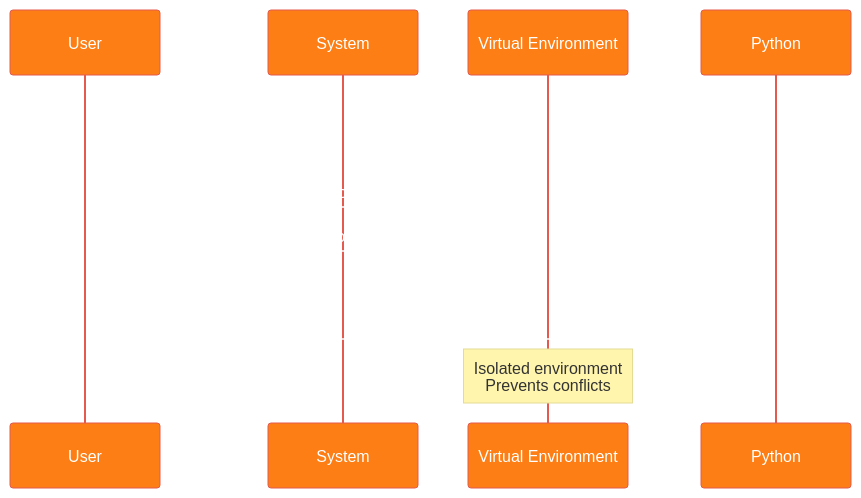
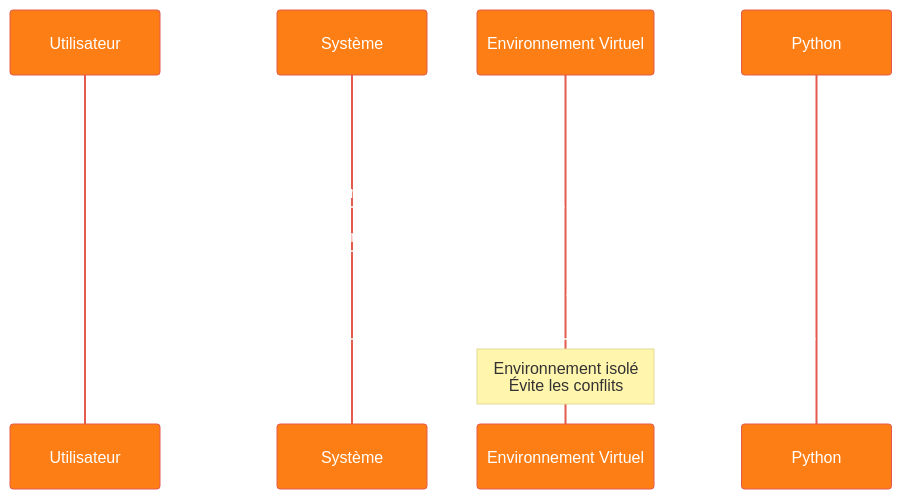
The fourth of 9 diagrams in docs/USER_GUIDES/INSTALLATION.md (arkalia-luna-system/ia-pipeline), drawn with Mermaid before and after one commit. The commit also changed other lines of this file and 8 other files, not shown here.

````diff
--- a/docs/USER_GUIDES/INSTALLATION.md
+++ b/docs/USER_GUIDES/INSTALLATION.md
@@ -145,17 +141,17 @@
 ```mermaid
 %%{init: {'theme':'base', 'themeVariables': { 'primaryColor': '#fd7e14', 'primaryTextColor': '#fff', 'primaryBorderColor': '#e55a4e'}}}%%
 sequenceDiagram
-    participant U as User
-    participant S as System
-    participant V as Virtual Environment
+    participant U as Utilisateur
+    participant S as Système
+    participant V as Environnement Virtuel
     participant P as Python
     
-    U->>S: Create virtual environment
-    S->>V: Initialize .venv
-    V->>U: Environment created
-    U->>V: Activate environment
-    V->>P: Switch Python context
-    P->>U: Ready for packages
+    U->>S: Créer environnement virtuel
+    S->>V: Initialiser .venv
+    V->>U: Environnement créé
+    U->>V: Activer environnement
+    V->>P: Changer contexte Python
+    P->>U: Prêt pour packages
     
-    Note over V: Isolated environment<br/>Prevents conflicts
+    Note over V: Environnement isolé<br/>Évite les conflits
 ```
````
